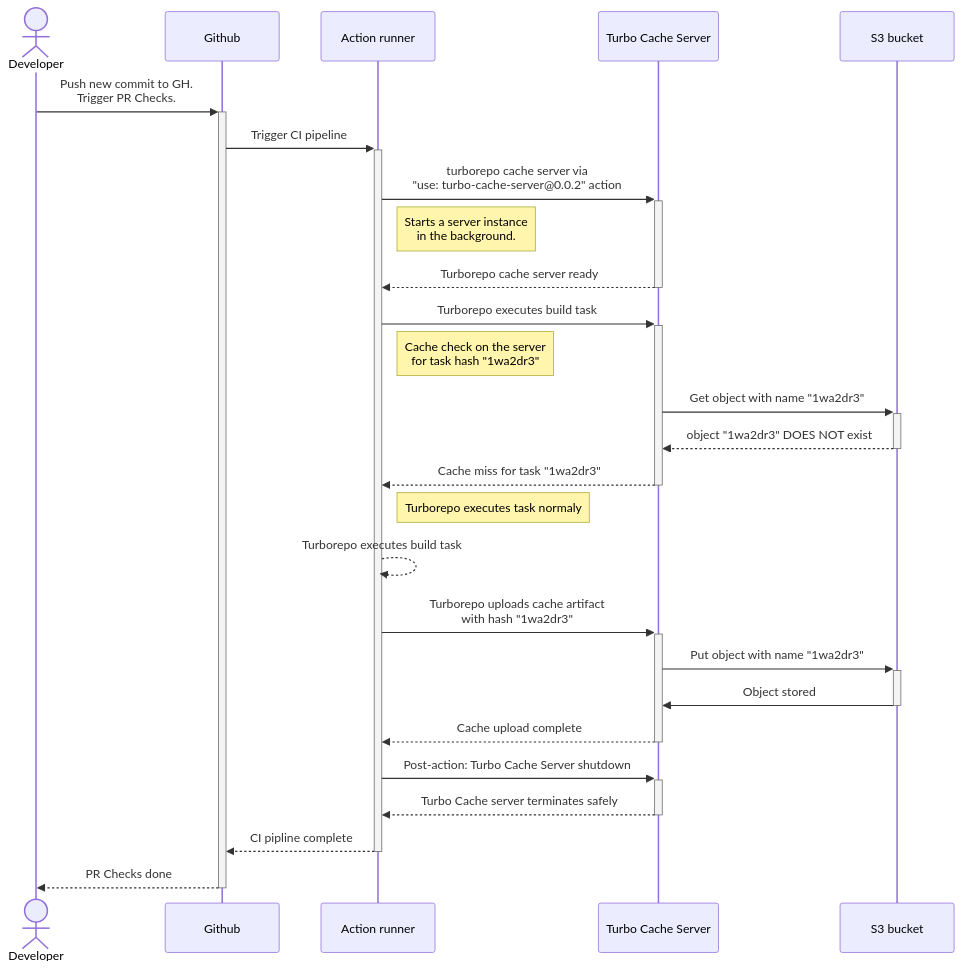
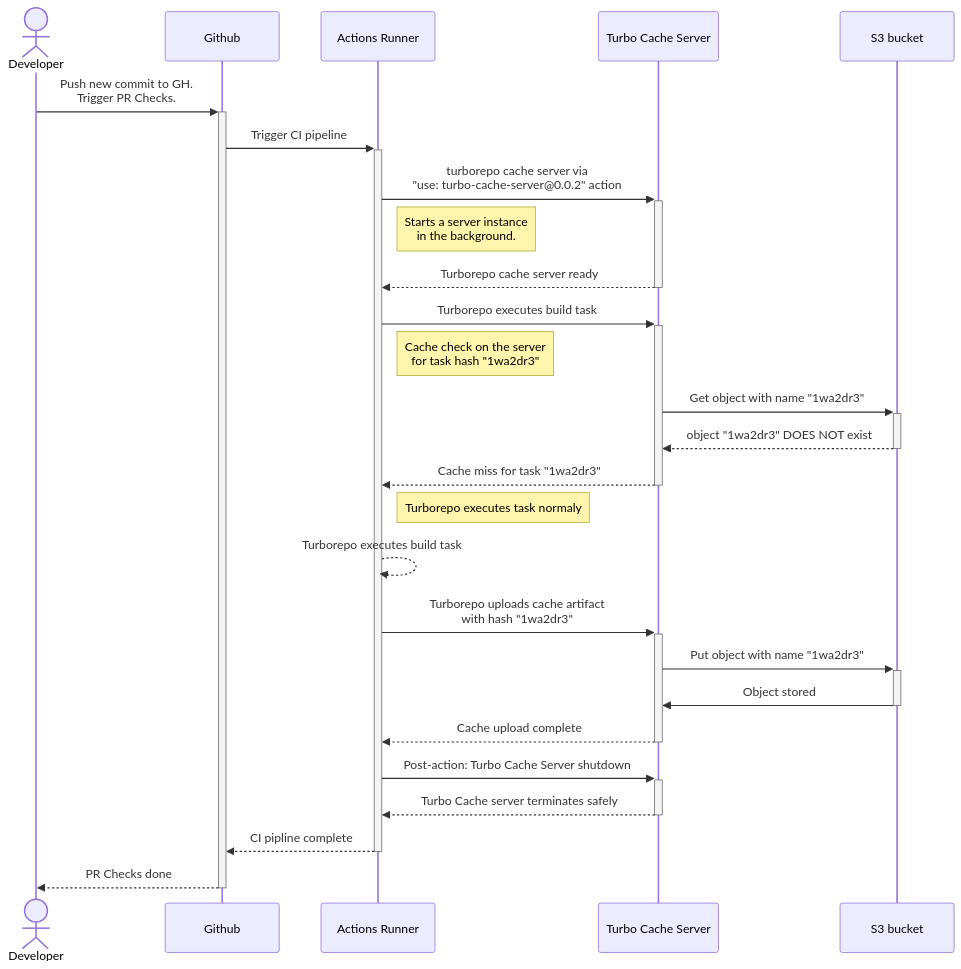
The second of 2 diagrams in README.md (brunojppb/turbo-cache-server), drawn with Mermaid before and after one commit. The commit also changed other lines of this file, not shown here.

````diff
--- a/README.md
+++ b/README.md
@@ -98,28 +98,28 @@
 ```mermaid
 sequenceDiagram
     actor A as Developer
     participant B as Github
-    participant C as Action runner
+    participant C as Actions Runner
     participant D as Turbo Cache Server
     participant E as S3 bucket
     A->>+B: Push new commit to GH.<br>Trigger PR Checks.
     B->>+C: Trigger CI pipeline
     C->>+D: turborepo cache server via<br/>"use: turbo-cache-server@0.0.2" action
     Note right of C: Starts a server instance<br/> in the background.
     D-->>-C: Turborepo cache server ready
     C->>+D: Turborepo executes build task
     Note right of C: Cache check on the server<br/>for task hash "1wa2dr3"
     D->>+E: Get object with name "1wa2dr3"
     E-->>-D: object "1wa2dr3" DOES NOT exist
     D-->>-C: Cache miss for task "1wa2dr3"
     Note right of C: Turborepo executes task normaly
     C-->>C: Turborepo executes build task
     C->>+D: Turborepo uploads cache artifact<br/>with hash "1wa2dr3"
     D->>+E: Put object with name "1wa2dr3"
     E->>-D: Object stored
     D-->>-C: Cache upload complete
     C->>+D: Post-action: Turbo Cache Server shutdown
     D-->>-C: Turbo Cache server terminates safely
     C-->>-B: CI pipline complete
     B-->>-A: PR Checks done
 ```
````
